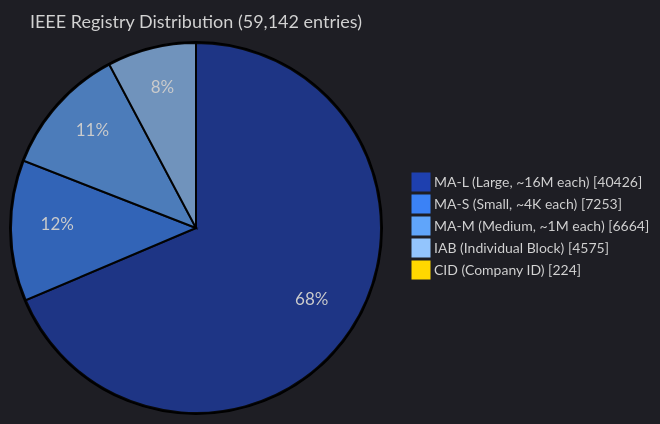
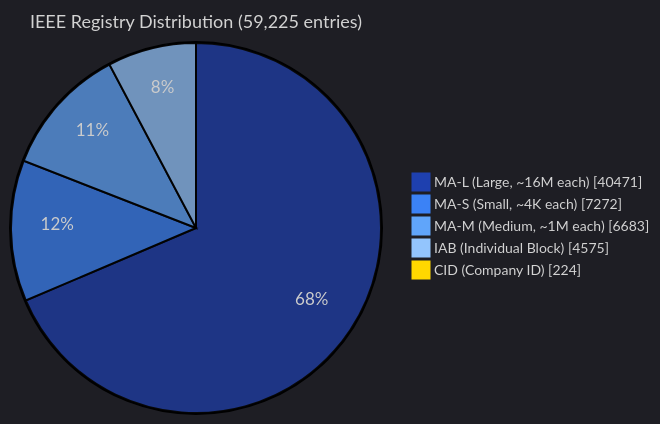
Before and after one commit to zqf20096327/dbhub_collect: the third of 5 diagrams in data/readmes/Ringmast4r__OUI-Master-Database.md, drawn with Mermaid. The commit also changed other lines of this file and 983 other files, not shown here.

````diff
--- a/data/readmes/Ringmast4r__OUI-Master-Database.md
+++ b/data/readmes/Ringmast4r__OUI-Master-Database.md
@@ -133,10 +133,10 @@
 ```mermaid
 %%{init: {'theme':'dark', 'themeVariables': {'pie1':'#1E40AF','pie2':'#3B82F6','pie3':'#60A5FA','pie4':'#93C5FD','pie5':'#FFD700','pieTitleTextSize':'18px','pieLegendTextSize':'14px'}}}%%
 pie showData
-    title IEEE Registry Distribution (59,142 entries)
-    "MA-L (Large, ~16M each)" : 40426
-    "MA-S (Small, ~4K each)" : 7253
-    "MA-M (Medium, ~1M each)" : 6664
+    title IEEE Registry Distribution (59,225 entries)
+    "MA-L (Large, ~16M each)" : 40471
+    "MA-S (Small, ~4K each)" : 7272
+    "MA-M (Medium, ~1M each)" : 6683
     "IAB (Individual Block)" : 4575
     "CID (Company ID)" : 224
 ```
````
